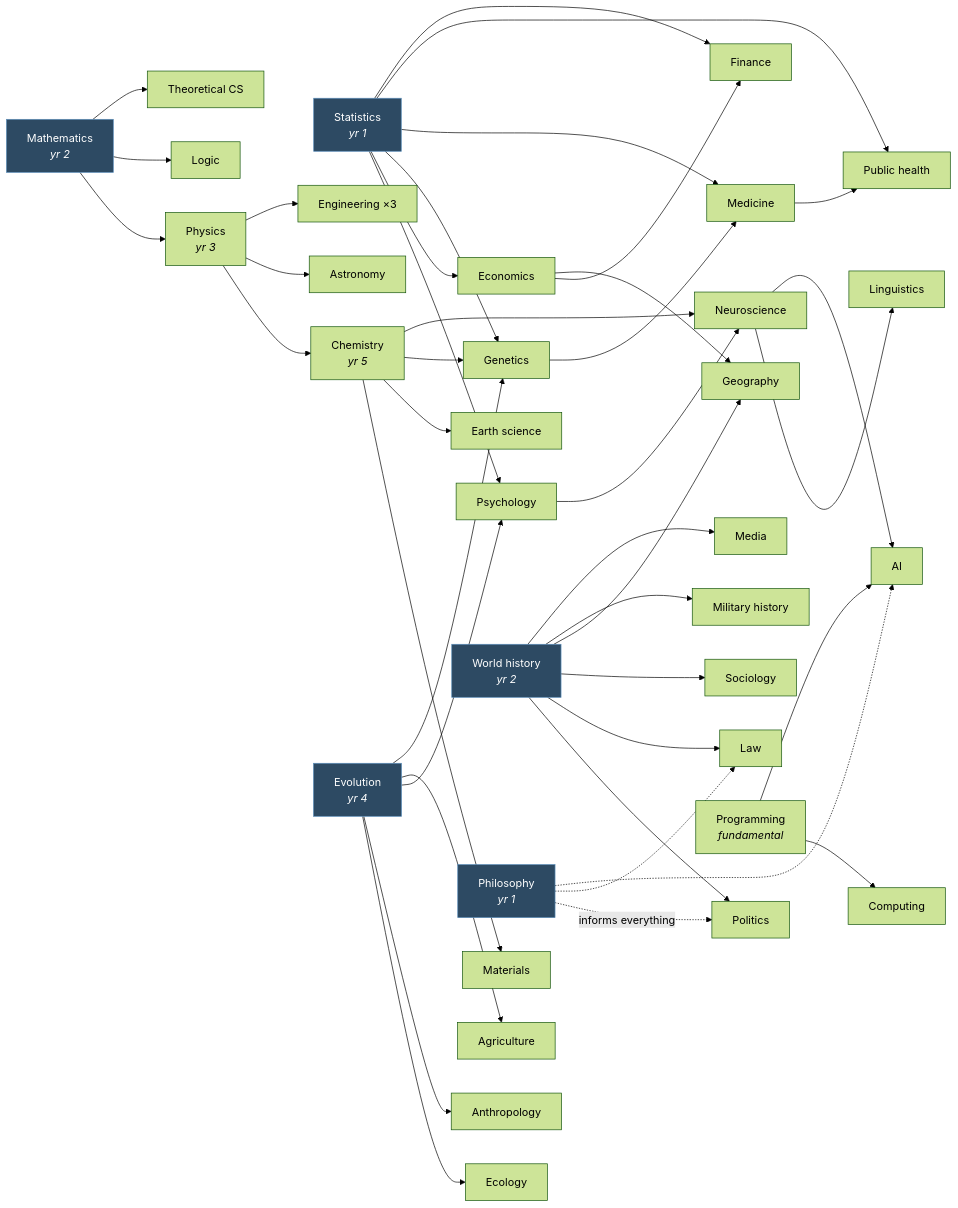
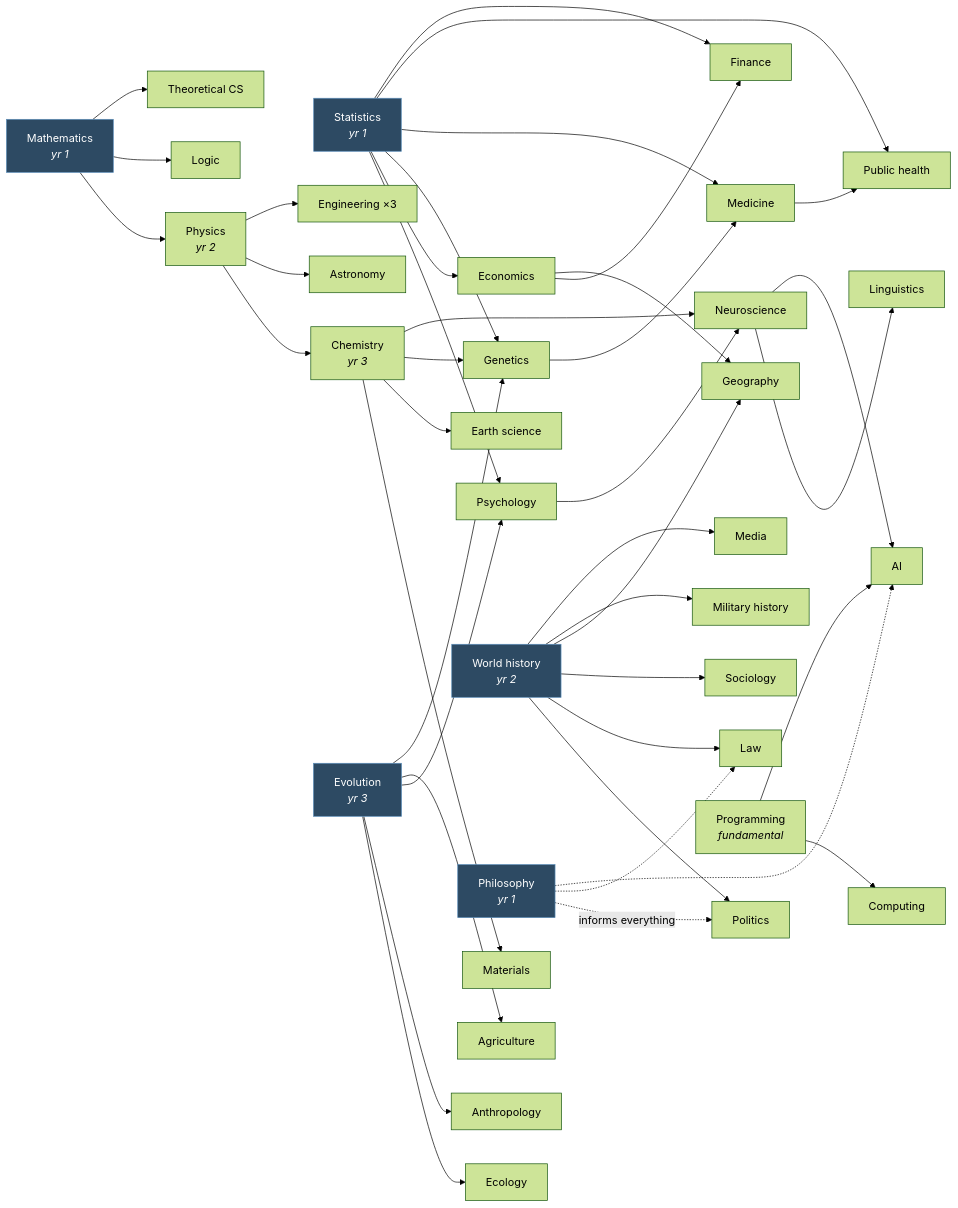
One commit to xuvictor04/Learning-Agenda changed the diagram in 03-spine.md. Above: the diagram before and after it, drawn with Mermaid (forest theme). The commit also changed other lines of this file and 8 other files, not shown here.

````diff
--- a/03-spine.md
+++ b/03-spine.md
@@ -58,54 +54,54 @@
 ```mermaid
 flowchart LR
     STAT["Statistics<br/><i>yr 1</i>"] --> PSY[Psychology]
     STAT --> ECON[Economics]
     STAT --> GEN[Genetics]
     STAT --> MED[Medicine]
     STAT --> PH[Public health]
     STAT --> FIN[Finance]
 
-    MATH["Mathematics<br/><i>yr 2</i>"] --> PHYS["Physics<br/><i>yr 3</i>"]
+    MATH["Mathematics<br/><i>yr 1</i>"] --> PHYS["Physics<br/><i>yr 2</i>"]
     MATH --> LOGIC[Logic]
     MATH --> TCS[Theoretical CS]
-    PHYS --> CHEM["Chemistry<br/><i>yr 5</i>"]
+    PHYS --> CHEM["Chemistry<br/><i>yr 3</i>"]
     PHYS --> ASTRO[Astronomy]
     PHYS --> ENG[Engineering ×3]
     CHEM --> MAT[Materials]
     CHEM --> EARTH[Earth science]
     CHEM --> GEN
     GEN --> MED
     MED --> PH
 
-    EVO["Evolution<br/><i>yr 4</i>"] --> ECOL[Ecology]
+    EVO["Evolution<br/><i>yr 3</i>"] --> ECOL[Ecology]
     EVO --> ANTH[Anthropology]
     EVO --> PSY
     EVO --> AGRI[Agriculture]
     EVO --> GEN
 
     PSY --> NEURO[Neuroscience]
     CHEM --> NEURO
     NEURO --> LING[Linguistics]
     NEURO --> AI[AI]
 
     HIST["World history<br/><i>yr 2</i>"] --> POL[Politics]
     HIST --> LAW[Law]
     HIST --> SOC[Sociology]
     HIST --> GEO[Geography]
     HIST --> MIL[Military history]
     HIST --> MEDIA[Media]
     ECON --> FIN
     ECON --> GEO
 
     PROG["Programming<br/><i>fundamental</i>"] --> COMP[Computing]
     PROG --> AI
 
     PHIL["Philosophy<br/><i>yr 1</i>"] -.->|"informs everything"| POL
     PHIL -.-> LAW
     PHIL -.-> AI
 
     style STAT fill:#2d4a63,stroke:#5a8cb8,color:#fff
     style MATH fill:#2d4a63,stroke:#5a8cb8,color:#fff
     style PHIL fill:#2d4a63,stroke:#5a8cb8,color:#fff
     style HIST fill:#2d4a63,stroke:#5a8cb8,color:#fff
     style EVO fill:#2d4a63,stroke:#5a8cb8,color:#fff
 ```
````
